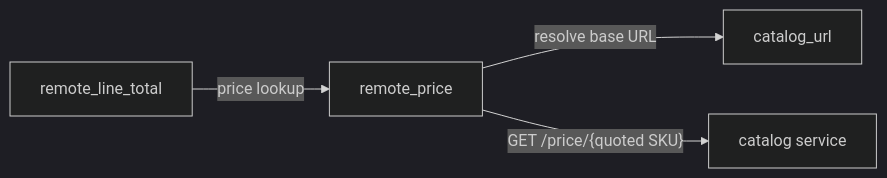
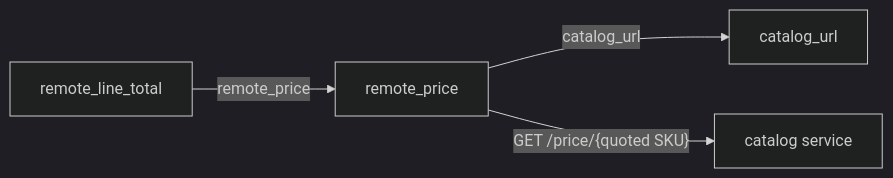
The diagram in codebase-analysis/lld/orders/catalog_client.md (vishalc412/bible-mode-b-test), drawn with Mermaid (dark theme) before and after one commit. The commit also changed other lines of this file and 9 other files, not shown here.

````diff
--- a/codebase-analysis/lld/orders/catalog_client.md
+++ b/codebase-analysis/lld/orders/catalog_client.md
@@ -36,10 +36,10 @@
 ```mermaid
 flowchart LR
-  catalog_url["catalog_url"]
-  remote_price["remote_price"]
-  remote_line_total["remote_line_total"]
+  catalogUrl["catalog_url"]
+  remotePrice["remote_price"]
+  remoteLineTotal["remote_line_total"]
   catalog_service["catalog service"]
-  remote_price -->|"resolve base URL"| catalog_url
-  remote_price -->|"GET /price/{quoted SKU}"| catalog_service
-  remote_line_total -->|"price lookup"| remote_price
+  remotePrice -->|"catalog_url"| catalogUrl
+  remotePrice -->|"GET /price/{quoted SKU}"| catalog_service
+  remoteLineTotal -->|"remote_price"| remotePrice
 ```
````
